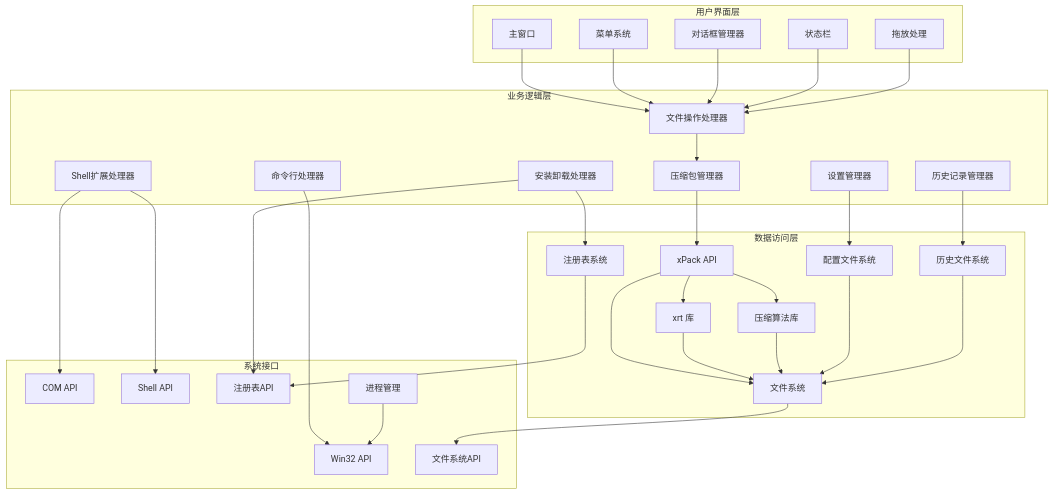
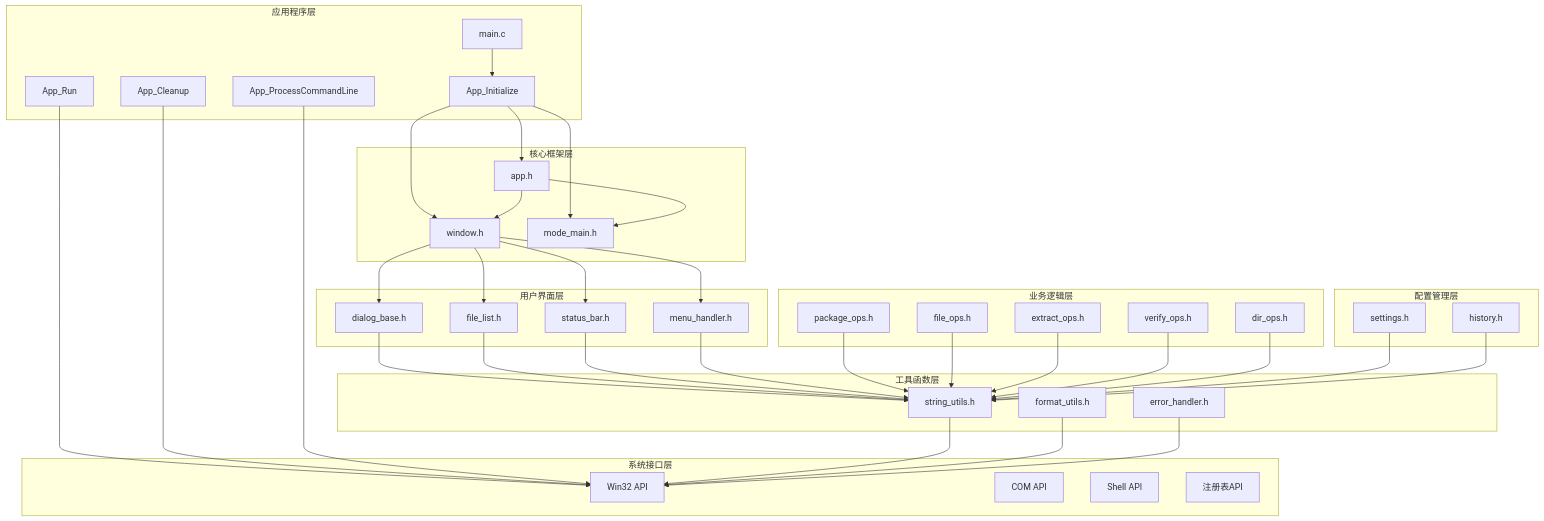
The fourth of 15 diagrams in .qoder/repowiki/zh/content/开发者指南/xpkgui 图形界面工具.md (xywhsoft/xpack), drawn with Mermaid before and after one commit. The commit also changed other lines of this file and 14 other files, not shown here.

````diff
--- a/.qoder/repowiki/zh/content/开发者指南/xpkgui 图形界面工具.md
+++ b/.qoder/repowiki/zh/content/开发者指南/xpkgui 图形界面工具.md
@@ -180,60 +237,70 @@
 ```mermaid
 graph TB
+subgraph "应用程序层"
+A[main.c]
+B[App_Initialize]
+C[App_Run]
+D[App_Cleanup]
+E[App_ProcessCommandLine]
+end
+subgraph "核心框架层"
+F[app.h]
+G[window.h]
+H[mode_main.h]
+end
 subgraph "用户界面层"
-A[主窗口]
-B[菜单系统]
-C[对话框管理器]
-D[状态栏]
-E[拖放处理]
+I[dialog_base.h]
+J[file_list.h]
+K[status_bar.h]
+L[menu_handler.h]
 end
 subgraph "业务逻辑层"
-F[文件操作处理器]
-G[压缩包管理器]
-H[设置管理器]
-I[历史记录管理器]
-J[命令行处理器]
-K[Shell扩展处理器]
-L[安装卸载处理器]
+M[package_ops.h]
+N[file_ops.h]
+O[extract_ops.h]
+P[verify_ops.h]
+Q[dir_ops.h]
 end
-subgraph "数据访问层"
-M[xPack API]
-N[xrt 库]
-O[压缩算法库]
-P[配置文件系统]
-Q[历史文件系统]
-R[注册表系统]
-S[文件系统]
+subgraph "配置管理层"
+R[settings.h]
+S[history.h]
 end
-subgraph "系统接口"
-T[Win32 API]
-U[COM API]
-V[Shell API]
-W[注册表API]
-X[文件系统API]
-Y[进程管理]
+subgraph "工具函数层"
+T[string_utils.h]
+U[format_utils.h]
+V[error_handler.h]
 end
-A --> F
+subgraph "系统接口层"
+W[Win32 API]
+X[COM API]
+Y[Shell API]
+Z[注册表API]
+end
+A --> B
 B --> F
-C --> F
-D --> F
-E --> F
+B --> G
+B --> H
+C --> W
+D --> W
+E --> W
 F --> G
-G --> M
-M --> N
-M --> O
-H --> P
-I --> Q
+F --> H
+G --> I
+G --> J
+G --> K
+G --> L
+I --> T
 J --> T
-K --> U
-K --> V
-L --> R
-L --> W
-M --> S
-N --> S
-O --> S
-P --> S
-Q --> S
-R --> W
-S --> X
-Y --> T
+K --> T
+L --> T
+M --> T
+N --> T
+O --> T
+P --> T
+Q --> T
+R --> T
+S --> T
+T --> W
+U --> W
+V --> W
 ```
````
